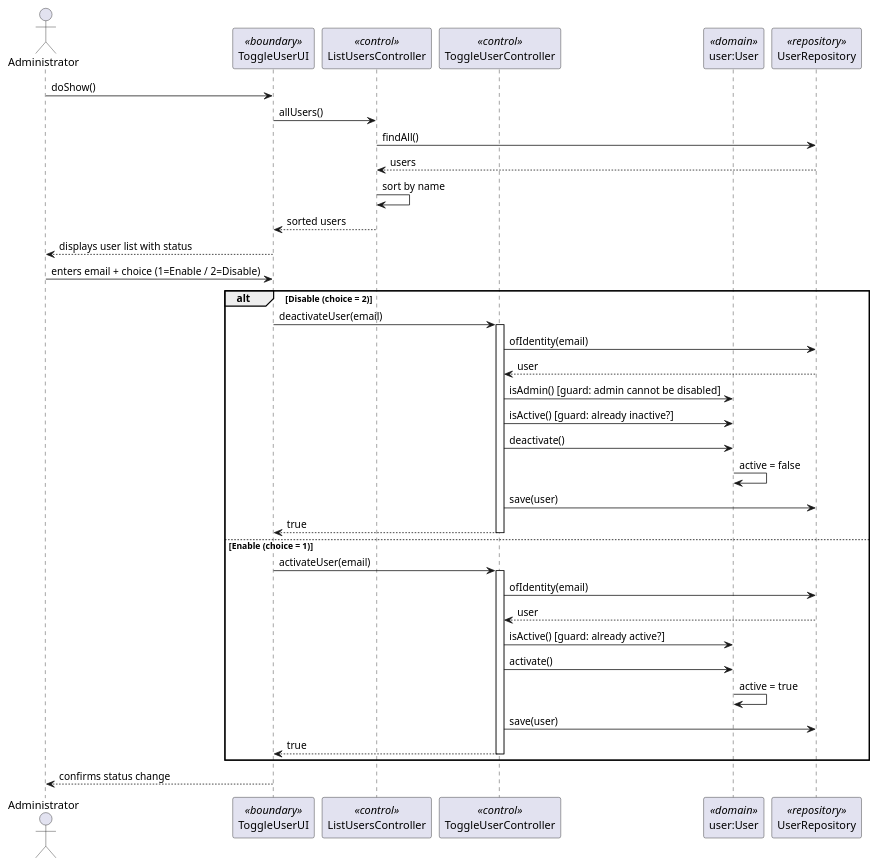
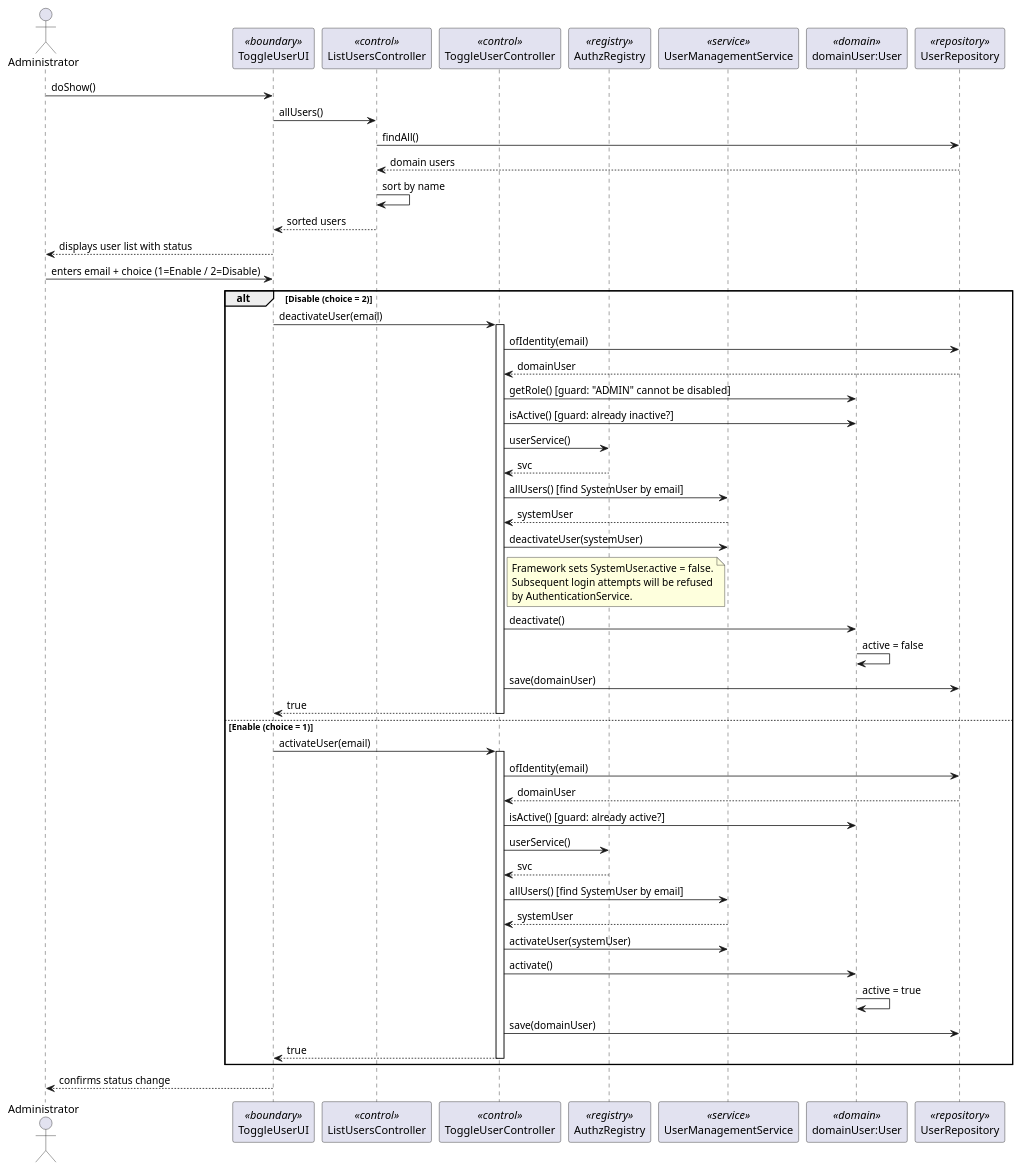
Before and after one commit to DuartePinto1240/sem4pi2526-sem4pi2526_2da2: the diagram in docs/Sprint 2/EAPLI/US032/puml/US032-sequence-diagram.puml, drawn with PlantUML. The commit also changed 16 other files, not shown here.

```diff
--- a/docs/Sprint 2/EAPLI/US032/puml/US032-sequence-diagram.puml
+++ b/docs/Sprint 2/EAPLI/US032/puml/US032-sequence-diagram.puml
@@ -1,45 +1,71 @@
 @startuml
 actor Administrator
 participant ToggleUserUI as UI <<boundary>>
 participant ListUsersController as LCTRL <<control>>
 participant ToggleUserController as TCTRL <<control>>
-participant "user:User" as USER <<domain>>
+participant AuthzRegistry as REG <<registry>>
+participant UserManagementService as SVC <<service>>
+participant "domainUser:User" as USER <<domain>>
 participant UserRepository as REPO <<repository>>
 
 Administrator -> UI : doShow()
 UI -> LCTRL : allUsers()
 LCTRL -> REPO : findAll()
-REPO --> LCTRL : users
+REPO --> LCTRL : domain users
 LCTRL -> LCTRL : sort by name
 LCTRL --> UI : sorted users
 UI --> Administrator : displays user list with status
 
 Administrator -> UI : enters email + choice (1=Enable / 2=Disable)
 
 alt Disable (choice = 2)
     UI -> TCTRL : deactivateUser(email)
     activate TCTRL
     TCTRL -> REPO : ofIdentity(email)
-    REPO --> TCTRL : user
-    TCTRL -> USER : isAdmin() [guard: admin cannot be disabled]
+    REPO --> TCTRL : domainUser
+    TCTRL -> USER : getRole() [guard: "ADMIN" cannot be disabled]
     TCTRL -> USER : isActive() [guard: already inactive?]
+
+    ' Step 1: disable SystemUser via framework
+    TCTRL -> REG : userService()
+    REG --> TCTRL : svc
+    TCTRL -> SVC : allUsers() [find SystemUser by email]
+    SVC --> TCTRL : systemUser
+    TCTRL -> SVC : deactivateUser(systemUser)
+    note right of TCTRL
+      Framework sets SystemUser.active = false.
+      Subsequent login attempts will be refused
+      by AuthenticationService.
+    end note
+
+    ' Step 2: mirror in domain User
     TCTRL -> USER : deactivate()
     USER -> USER : active = false
-    TCTRL -> REPO : save(user)
+    TCTRL -> REPO : save(domainUser)
     TCTRL --> UI : true
     deactivate TCTRL
+
 else Enable (choice = 1)
     UI -> TCTRL : activateUser(email)
     activate TCTRL
     TCTRL -> REPO : ofIdentity(email)
-    REPO --> TCTRL : user
+    REPO --> TCTRL : domainUser
     TCTRL -> USER : isActive() [guard: already active?]
+
+    ' Step 1: activate SystemUser via framework
+    TCTRL -> REG : userService()
+    REG --> TCTRL : svc
+    TCTRL -> SVC : allUsers() [find SystemUser by email]
+    SVC --> TCTRL : systemUser
+    TCTRL -> SVC : activateUser(systemUser)
+
+    ' Step 2: mirror in domain User
     TCTRL -> USER : activate()
     USER -> USER : active = true
-    TCTRL -> REPO : save(user)
+    TCTRL -> REPO : save(domainUser)
     TCTRL --> UI : true
     deactivate TCTRL
 end
 
 UI --> Administrator : confirms status change
 @enduml
```
